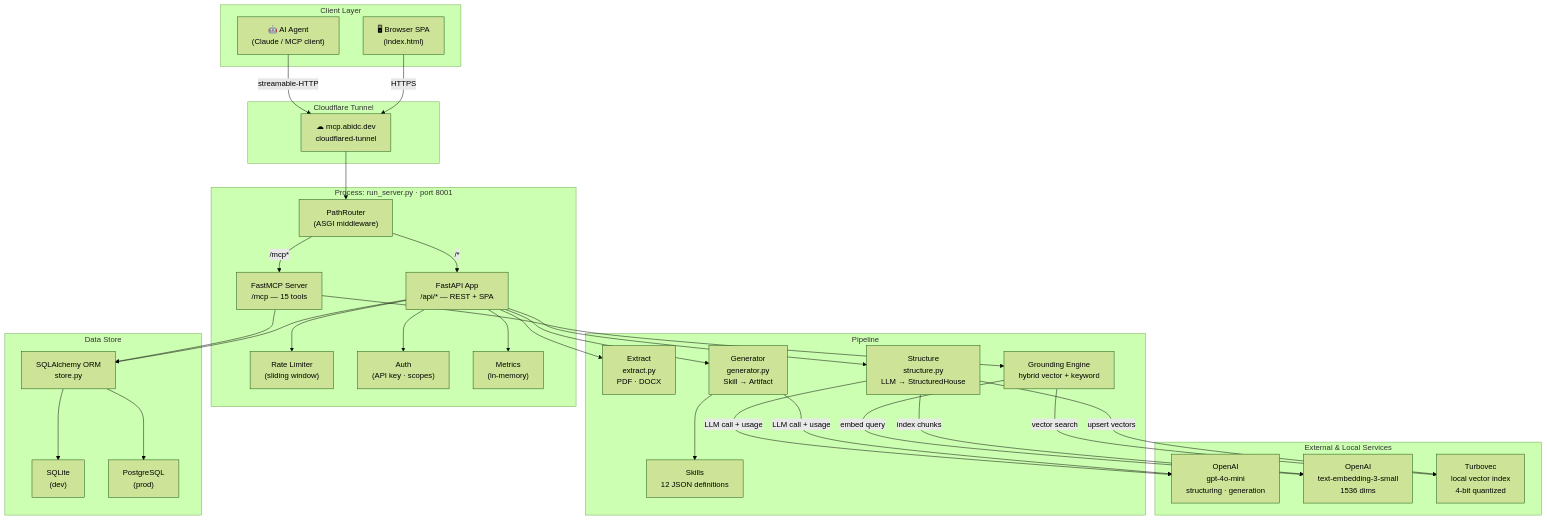
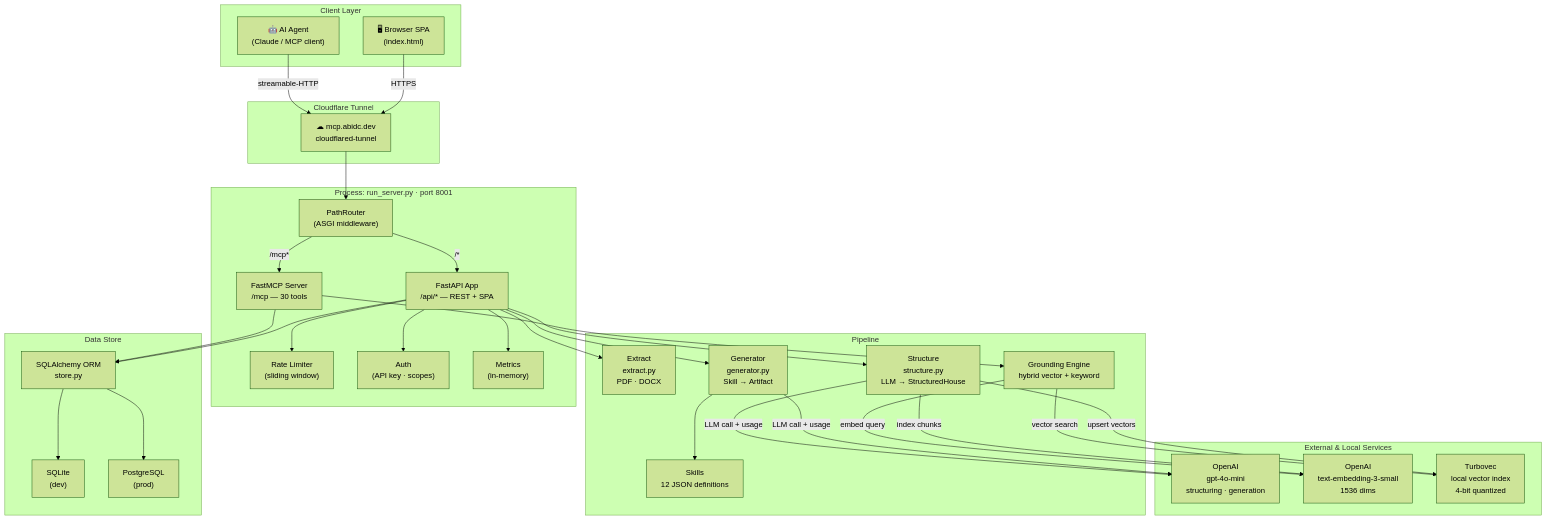
The first of 2 diagrams in docs/ARCHITECTURE.md (abidc/msgstack), drawn with Mermaid (forest theme) before and after one commit. The commit also changed other lines of this file and 12 other files, not shown here.

````diff
--- a/docs/ARCHITECTURE.md
+++ b/docs/ARCHITECTURE.md
@@ -593,64 +593,64 @@
 ```mermaid
 graph TB
     subgraph CLIENT["Client Layer"]
         BROWSER["🖥 Browser SPA\n(index.html)"]
         AGENT["🤖 AI Agent\n(Claude / MCP client)"]
     end
 
     subgraph TUNNEL["Cloudflare Tunnel"]
         CF["☁ mcp.abidc.dev\ncloudflared-tunnel"]
     end
 
     subgraph PROCESS["Process: run_server.py · port 8001"]
         ROUTER["PathRouter\n(ASGI middleware)"]
-        FASTMCP["FastMCP Server\n/mcp — 15 tools"]
+        FASTMCP["FastMCP Server\n/mcp — 30 tools"]
         FASTAPI["FastAPI App\n/api/* — REST + SPA"]
         RATELIMIT["Rate Limiter\n(sliding window)"]
         AUTH["Auth\n(API key · scopes)"]
         METRICS["Metrics\n(in-memory)"]
     end
 
     subgraph PIPELINE["Pipeline"]
         EXTRACT["Extract\nextract.py\nPDF · DOCX"]
         STRUCTURE["Structure\nstructure.py\nLLM → StructuredHouse"]
         GENERATOR["Generator\ngenerator.py\nSkill → Artifact"]
         SKILLS["Skills\n12 JSON definitions"]
         GROUNDING["Grounding Engine\nhybrid vector + keyword"]
     end
 
     subgraph STORE["Data Store"]
         DB["SQLAlchemy ORM\nstore.py"]
         SQLITE["SQLite\n(dev)"]
         POSTGRES["PostgreSQL\n(prod)"]
     end
 
     subgraph EXTERNAL["External & Local Services"]
         OPENAI_STRUCT["OpenAI\ngpt-4o-mini\nstructuring · generation"]
         OPENAI_EMBED["OpenAI\ntext-embedding-3-small\n1536 dims"]
         TURBOVEC["Turbovec\nlocal vector index\n4-bit quantized"]
     end
 
     AGENT -->|streamable-HTTP| CF
     BROWSER -->|HTTPS| CF
     CF --> ROUTER
     ROUTER -->|/mcp*| FASTMCP
     ROUTER -->|/*| FASTAPI
     FASTAPI --> RATELIMIT
     FASTAPI --> AUTH
     FASTAPI --> METRICS
     FASTMCP --> GROUNDING
     FASTMCP --> DB
     FASTAPI --> EXTRACT
     FASTAPI --> STRUCTURE
     FASTAPI --> GENERATOR
     FASTAPI --> DB
     GENERATOR --> SKILLS
     STRUCTURE -->|LLM call + usage| OPENAI_STRUCT
     GENERATOR -->|LLM call + usage| OPENAI_STRUCT
     GROUNDING -->|embed query| OPENAI_EMBED
     GROUNDING -->|vector search| TURBOVEC
     STRUCTURE -->|index chunks| OPENAI_EMBED
     STRUCTURE -->|upsert vectors| TURBOVEC
     DB --> SQLITE
     DB --> POSTGRES
 ```
````
